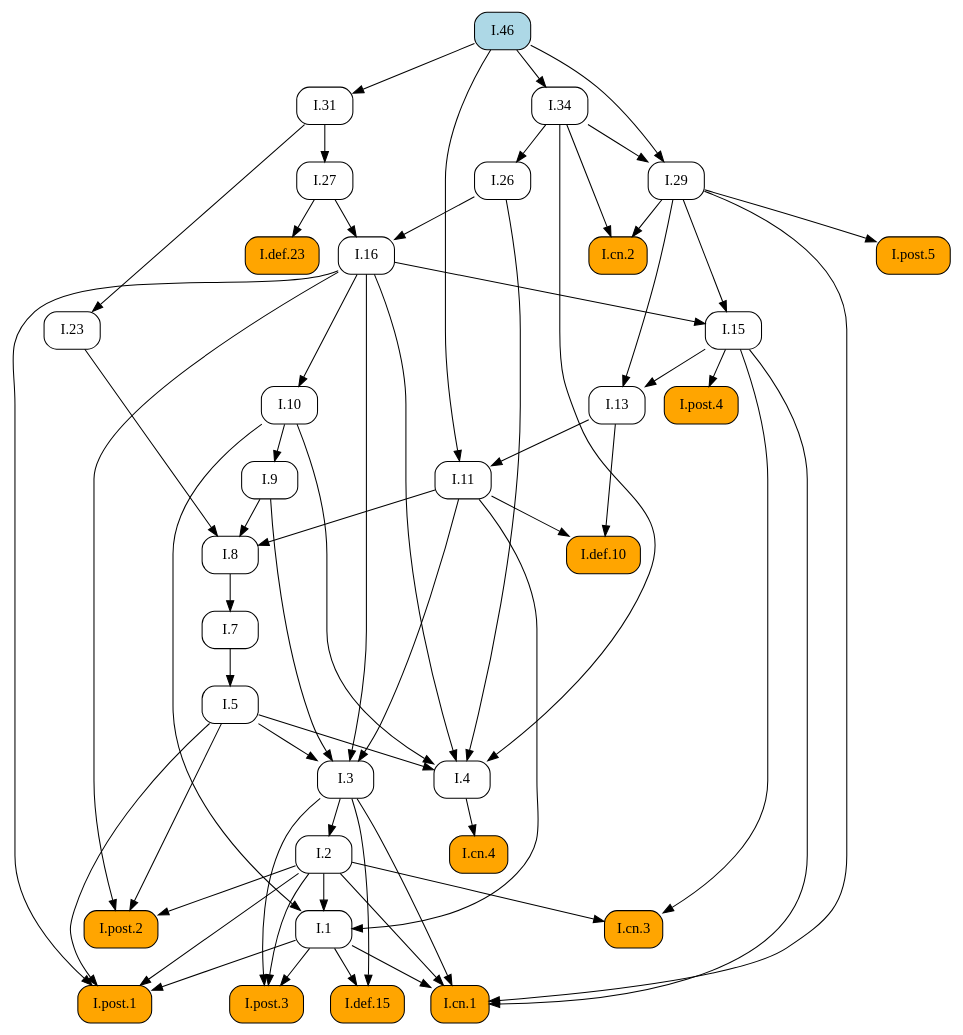
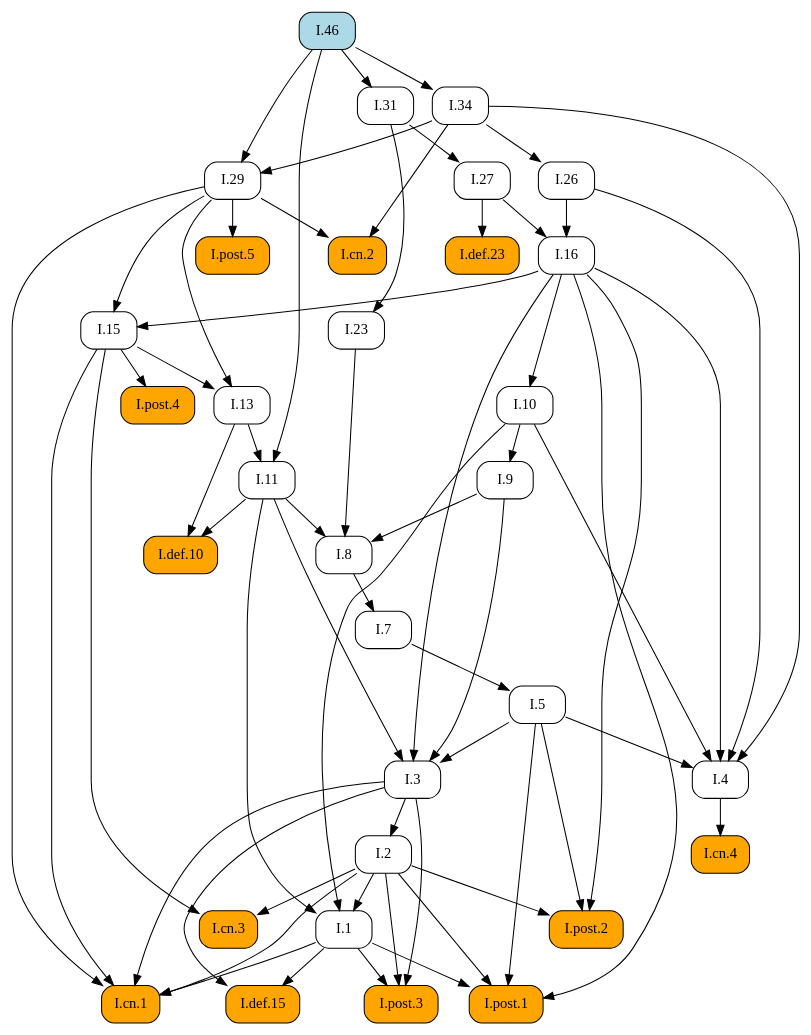
The diagram in docsrc/elements2/I/46/index.rst (geometor/elements), drawn with Graphviz before and after one commit. The commit also changed other lines of this file and 171 other files, not shown here.

```diff
--- a/docsrc/elements2/I/46/index.rst
+++ b/docsrc/elements2/I/46/index.rst
@@ -66,98 +66,98 @@
    digraph {
      rankdir="TB";
      node [shape=box, style=rounded];
+     "I.8" [URL="/elements2/I/8/", target="_top"];
+     "I.post.3" [style="rounded,filled", fillcolor=orange, URL="/elements2/I/post.3/", target="_top"];
+     "I.1" [URL="/elements2/I/1/", target="_top"];
+     "I.cn.3" [style="rounded,filled", fillcolor=orange, URL="/elements2/I/cn.3/", target="_top"];
+     "I.cn.4" [style="rounded,filled", fillcolor=orange, URL="/elements2/I/cn.4/", target="_top"];
+     "I.23" [URL="/elements2/I/23/", target="_top"];
+     "I.46" [style="rounded,filled", fillcolor=lightblue, URL="/elements2/I/46/", target="_top"];
+     "I.7" [URL="/elements2/I/7/", target="_top"];
+     "I.post.1" [style="rounded,filled", fillcolor=orange, URL="/elements2/I/post.1/", target="_top"];
+     "I.9" [URL="/elements2/I/9/", target="_top"];
+     "I.5" [URL="/elements2/I/5/", target="_top"];
+     "I.post.5" [style="rounded,filled", fillcolor=orange, URL="/elements2/I/post.5/", target="_top"];
+     "I.cn.1" [style="rounded,filled", fillcolor=orange, URL="/elements2/I/cn.1/", target="_top"];
+     "I.29" [URL="/elements2/I/29/", target="_top"];
+     "I.def.10" [style="rounded,filled", fillcolor=orange, URL="/elements2/I/def.10/", target="_top"];
+     "I.post.4" [style="rounded,filled", fillcolor=orange, URL="/elements2/I/post.4/", target="_top"];
      "I.16" [URL="/elements2/I/16/", target="_top"];
-     "I.def.10" [style="rounded,filled", fillcolor=orange, URL="/elements2/I/def.10/", target="_top"];
+     "I.cn.2" [style="rounded,filled", fillcolor=orange, URL="/elements2/I/cn.2/", target="_top"];
+     "I.13" [URL="/elements2/I/13/", target="_top"];
+     "I.2" [URL="/elements2/I/2/", target="_top"];
+     "I.27" [URL="/elements2/I/27/", target="_top"];
+     "I.def.15" [style="rounded,filled", fillcolor=orange, URL="/elements2/I/def.15/", target="_top"];
+     "I.4" [URL="/elements2/I/4/", target="_top"];
+     "I.31" [URL="/elements2/I/31/", target="_top"];
+     "I.11" [URL="/elements2/I/11/", target="_top"];
+     "I.10" [URL="/elements2/I/10/", target="_top"];
+     "I.15" [URL="/elements2/I/15/", target="_top"];
+     "I.3" [URL="/elements2/I/3/", target="_top"];
      "I.def.23" [style="rounded,filled", fillcolor=orange, URL="/elements2/I/def.23/", target="_top"];
-     "I.9" [URL="/elements2/I/9/", target="_top"];
-     "I.8" [URL="/elements2/I/8/", target="_top"];
-     "I.cn.2" [style="rounded,filled", fillcolor=orange, URL="/elements2/I/cn.2/", target="_top"];
-     "I.15" [URL="/elements2/I/15/", target="_top"];
-     "I.post.5" [style="rounded,filled", fillcolor=orange, URL="/elements2/I/post.5/", target="_top"];
-     "I.23" [URL="/elements2/I/23/", target="_top"];
+     "I.post.2" [style="rounded,filled", fillcolor=orange, URL="/elements2/I/post.2/", target="_top"];
+     "I.34" [URL="/elements2/I/34/", target="_top"];
      "I.26" [URL="/elements2/I/26/", target="_top"];
-     "I.34" [URL="/elements2/I/34/", target="_top"];
-     "I.2" [URL="/elements2/I/2/", target="_top"];
-     "I.def.15" [style="rounded,filled", fillcolor=orange, URL="/elements2/I/def.15/", target="_top"];
-     "I.cn.4" [style="rounded,filled", fillcolor=orange, URL="/elements2/I/cn.4/", target="_top"];
-     "I.post.3" [style="rounded,filled", fillcolor=orange, URL="/elements2/I/post.3/", target="_top"];
-     "I.46" [style="rounded,filled", fillcolor=lightblue, URL="/elements2/I/46/", target="_top"];
-     "I.1" [URL="/elements2/I/1/", target="_top"];
-     "I.27" [URL="/elements2/I/27/", target="_top"];
-     "I.post.2" [style="rounded,filled", fillcolor=orange, URL="/elements2/I/post.2/", target="_top"];
-     "I.13" [URL="/elements2/I/13/", target="_top"];
-     "I.31" [URL="/elements2/I/31/", target="_top"];
-     "I.10" [URL="/elements2/I/10/", target="_top"];
-     "I.post.1" [style="rounded,filled", fillcolor=orange, URL="/elements2/I/post.1/", target="_top"];
-     "I.7" [URL="/elements2/I/7/", target="_top"];
-     "I.post.4" [style="rounded,filled", fillcolor=orange, URL="/elements2/I/post.4/", target="_top"];
-     "I.cn.1" [style="rounded,filled", fillcolor=orange, URL="/elements2/I/cn.1/", target="_top"];
-     "I.3" [URL="/elements2/I/3/", target="_top"];
-     "I.cn.3" [style="rounded,filled", fillcolor=orange, URL="/elements2/I/cn.3/", target="_top"];
-     "I.11" [URL="/elements2/I/11/", target="_top"];
-     "I.29" [URL="/elements2/I/29/", target="_top"];
-     "I.5" [URL="/elements2/I/5/", target="_top"];
-     "I.4" [URL="/elements2/I/4/", target="_top"];
-     "I.26" -> "I.16";
-     "I.27" -> "I.16";
-     "I.11" -> "I.def.10";
-     "I.13" -> "I.def.10";
-     "I.27" -> "I.def.23";
-     "I.10" -> "I.9";
      "I.9" -> "I.8";
      "I.11" -> "I.8";
      "I.23" -> "I.8";
-     "I.29" -> "I.cn.2";
-     "I.34" -> "I.cn.2";
-     "I.16" -> "I.15";
-     "I.29" -> "I.15";
-     "I.29" -> "I.post.5";
-     "I.31" -> "I.23";
-     "I.34" -> "I.26";
-     "I.46" -> "I.34";
-     "I.3" -> "I.2";
-     "I.1" -> "I.def.15";
-     "I.3" -> "I.def.15";
-     "I.4" -> "I.cn.4";
      "I.1" -> "I.post.3";
      "I.2" -> "I.post.3";
      "I.3" -> "I.post.3";
      "I.2" -> "I.1";
      "I.10" -> "I.1";
      "I.11" -> "I.1";
-     "I.31" -> "I.27";
-     "I.2" -> "I.post.2";
-     "I.5" -> "I.post.2";
-     "I.16" -> "I.post.2";
-     "I.15" -> "I.13";
-     "I.29" -> "I.13";
-     "I.46" -> "I.31";
-     "I.16" -> "I.10";
+     "I.2" -> "I.cn.3";
+     "I.15" -> "I.cn.3";
+     "I.4" -> "I.cn.4";
+     "I.31" -> "I.23";
+     "I.8" -> "I.7";
      "I.1" -> "I.post.1";
      "I.2" -> "I.post.1";
      "I.5" -> "I.post.1";
      "I.16" -> "I.post.1";
-     "I.8" -> "I.7";
-     "I.15" -> "I.post.4";
+     "I.10" -> "I.9";
+     "I.7" -> "I.5";
+     "I.29" -> "I.post.5";
      "I.1" -> "I.cn.1";
      "I.2" -> "I.cn.1";
      "I.3" -> "I.cn.1";
      "I.15" -> "I.cn.1";
      "I.29" -> "I.cn.1";
-     "I.5" -> "I.3";
-     "I.9" -> "I.3";
-     "I.11" -> "I.3";
-     "I.16" -> "I.3";
-     "I.2" -> "I.cn.3";
-     "I.15" -> "I.cn.3";
-     "I.13" -> "I.11";
-     "I.46" -> "I.11";
      "I.34" -> "I.29";
      "I.46" -> "I.29";
-     "I.7" -> "I.5";
+     "I.11" -> "I.def.10";
+     "I.13" -> "I.def.10";
+     "I.15" -> "I.post.4";
+     "I.26" -> "I.16";
+     "I.27" -> "I.16";
+     "I.29" -> "I.cn.2";
+     "I.34" -> "I.cn.2";
+     "I.15" -> "I.13";
+     "I.29" -> "I.13";
+     "I.3" -> "I.2";
+     "I.31" -> "I.27";
+     "I.1" -> "I.def.15";
+     "I.3" -> "I.def.15";
      "I.5" -> "I.4";
      "I.10" -> "I.4";
      "I.16" -> "I.4";
      "I.26" -> "I.4";
      "I.34" -> "I.4";
+     "I.46" -> "I.31";
+     "I.13" -> "I.11";
+     "I.46" -> "I.11";
+     "I.16" -> "I.10";
+     "I.16" -> "I.15";
+     "I.29" -> "I.15";
+     "I.5" -> "I.3";
+     "I.9" -> "I.3";
+     "I.11" -> "I.3";
+     "I.16" -> "I.3";
+     "I.27" -> "I.def.23";
+     "I.2" -> "I.post.2";
+     "I.5" -> "I.post.2";
+     "I.16" -> "I.post.2";
+     "I.46" -> "I.34";
+     "I.34" -> "I.26";
    }
```
